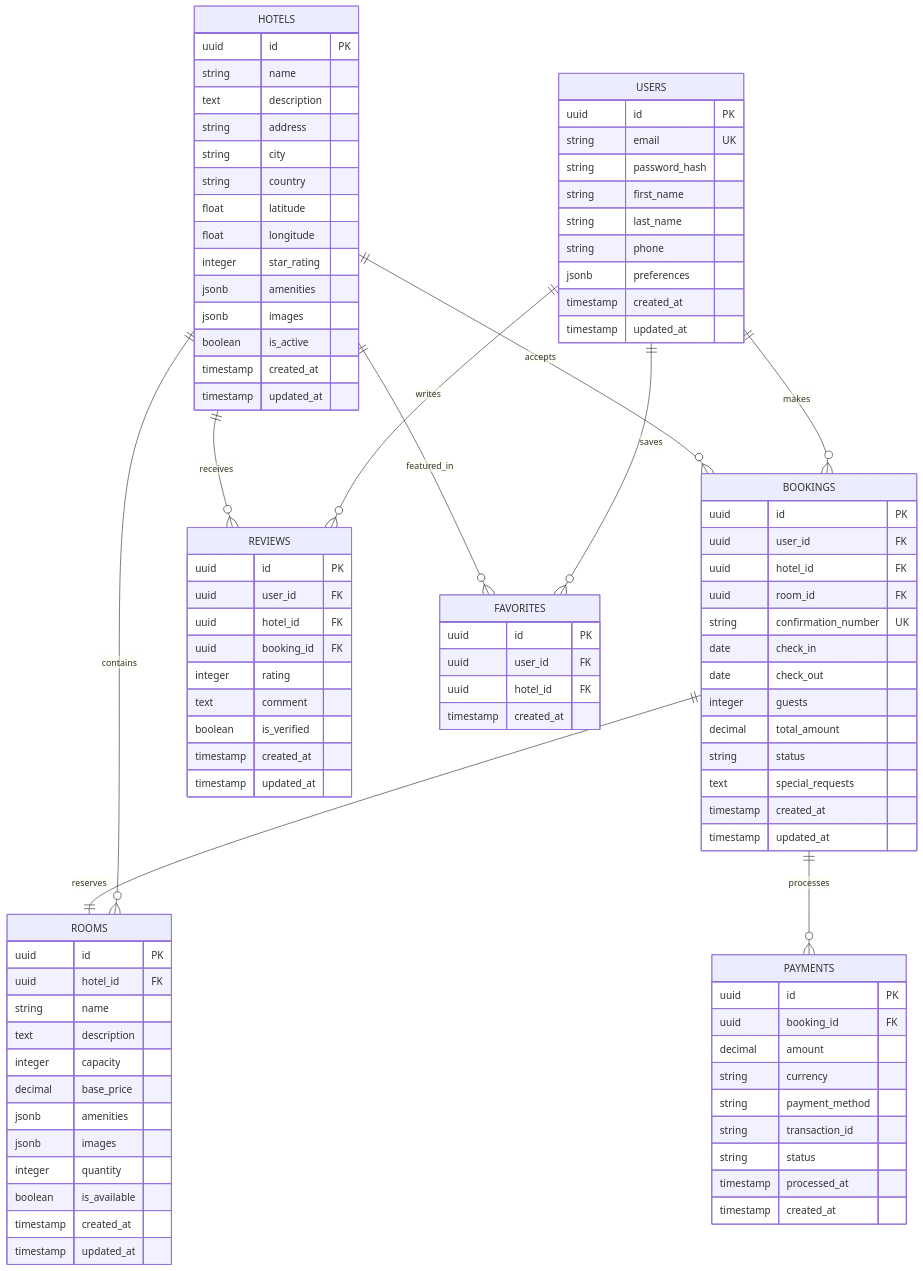
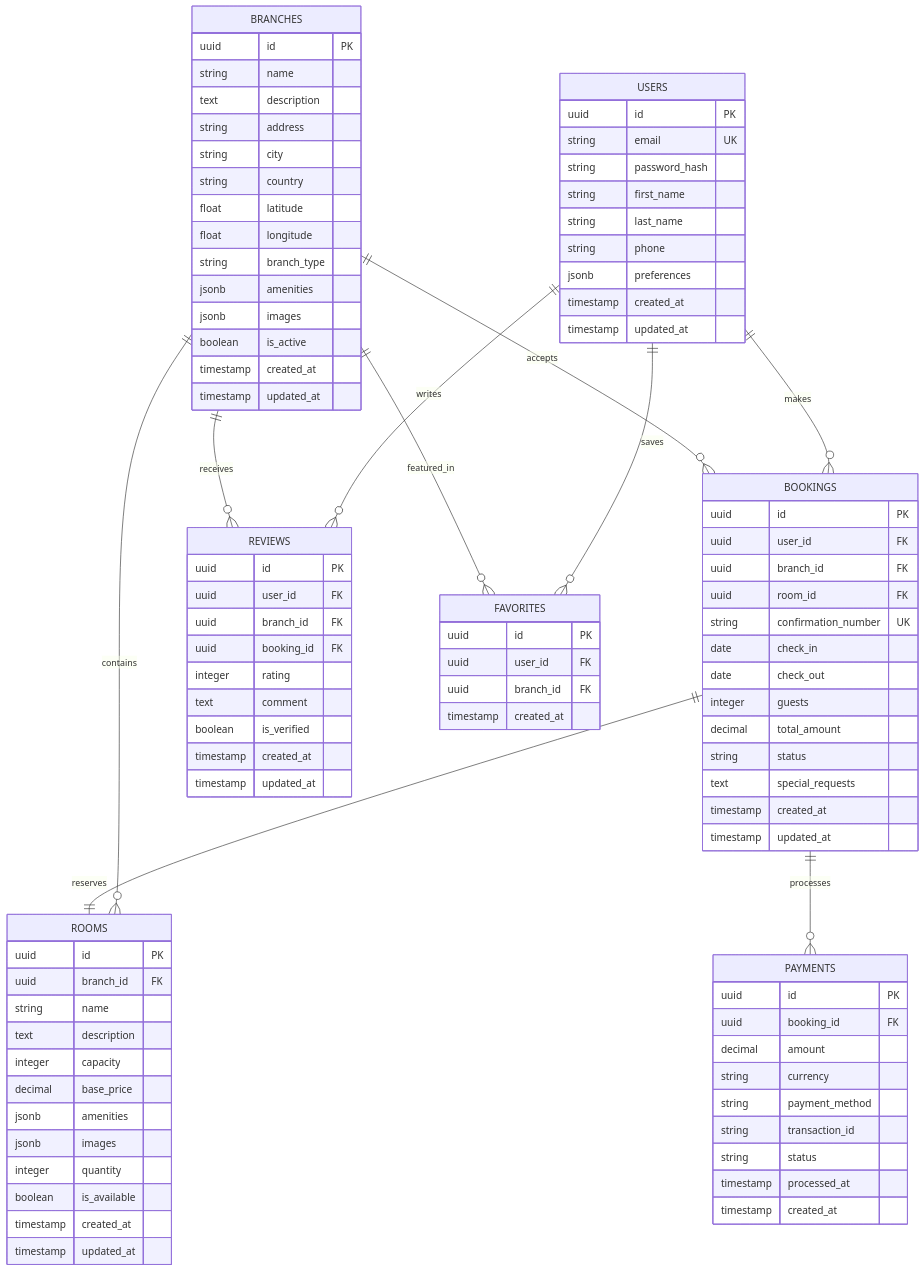
The second of 2 diagrams in .trae/documents/vinotel-hotel-booking-system-architecture.md (ymys/hotel1), drawn with Mermaid before and after one commit. The commit also changed other lines of this file and 47 other files, not shown here.

```diff
--- a/.trae/documents/vinotel-hotel-booking-system-architecture.md
+++ b/.trae/documents/vinotel-hotel-booking-system-architecture.md
@@ -142,10 +142,10 @@
     USERS ||--o{ BOOKINGS : makes
     USERS ||--o{ REVIEWS : writes
     USERS ||--o{ FAVORITES : saves
-    HOTELS ||--o{ ROOMS : contains
-    HOTELS ||--o{ REVIEWS : receives
-    HOTELS ||--o{ BOOKINGS : accepts
-    HOTELS ||--o{ FAVORITES : featured_in
+    BRANCHES ||--o{ ROOMS : contains
+    BRANCHES ||--o{ REVIEWS : receives
+    BRANCHES ||--o{ BOOKINGS : accepts
+    BRANCHES ||--o{ FAVORITES : featured_in
     BOOKINGS ||--|| ROOMS : reserves
     BOOKINGS ||--o{ PAYMENTS : processes
 
@@ -161,7 +161,7 @@
         timestamp updated_at
     }
 
-    HOTELS {
+    BRANCHES {
         uuid id PK
         string name
         text description
@@ -170,7 +170,7 @@
         string country
         float latitude
         float longitude
-        integer star_rating
+        string branch_type
         jsonb amenities
         jsonb images
         boolean is_active
@@ -180,7 +180,7 @@
 
     ROOMS {
         uuid id PK
-        uuid hotel_id FK
+        uuid branch_id FK
         string name
         text description
         integer capacity
@@ -196,7 +196,7 @@
     BOOKINGS {
         uuid id PK
         uuid user_id FK
-        uuid hotel_id FK
+        uuid branch_id FK
         uuid room_id FK
         string confirmation_number UK
         date check_in
@@ -212,7 +212,7 @@
     REVIEWS {
         uuid id PK
         uuid user_id FK
-        uuid hotel_id FK
+        uuid branch_id FK
         uuid booking_id FK
         integer rating
         text comment
@@ -224,7 +224,7 @@
     FAVORITES {
         uuid id PK
         uuid user_id FK
-        uuid hotel_id FK
+        uuid branch_id FK
         timestamp created_at
     }
 
```
